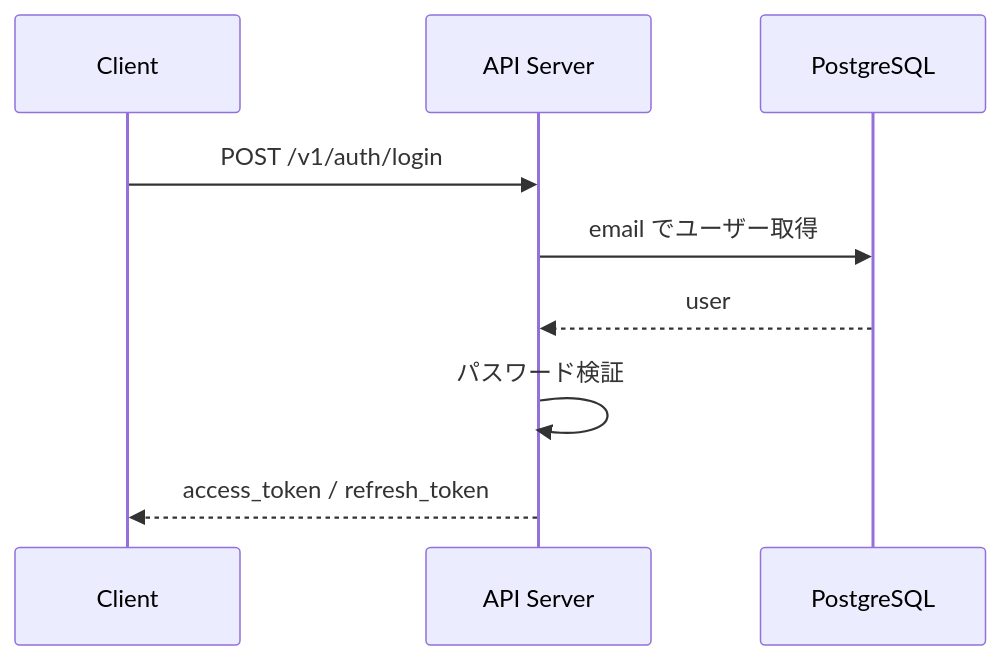
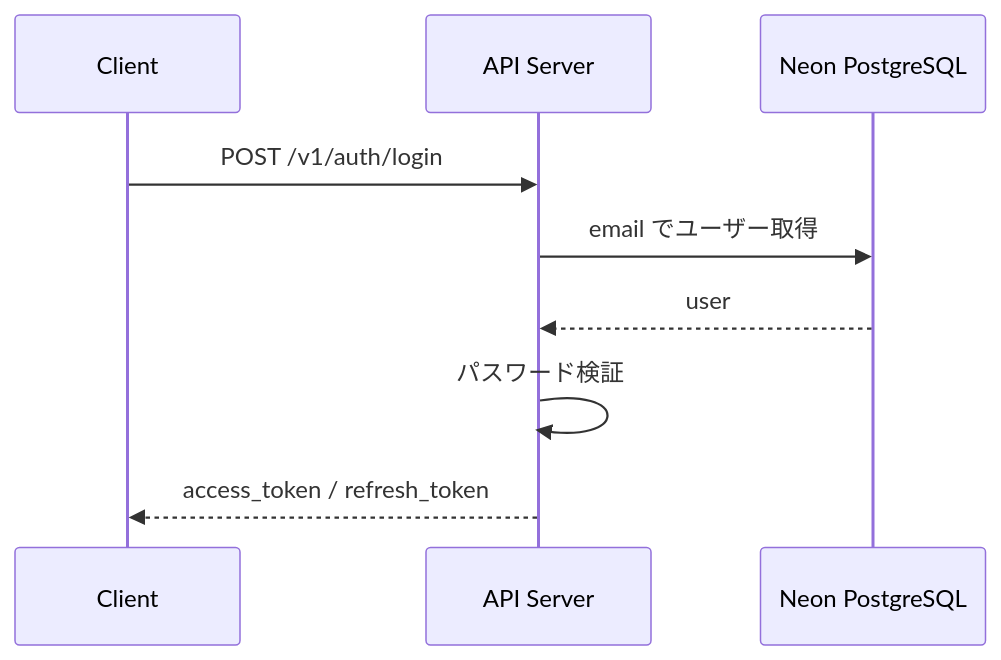
The second of 4 diagrams in doc/basic_design/architecture.md (Electric-Sheep-team6/backend), drawn with Mermaid before and after one commit. The commit also changed other lines of this file and 3 other files, not shown here.

````diff
--- a/doc/basic_design/architecture.md
+++ b/doc/basic_design/architecture.md
@@ -56,12 +56,12 @@
 ```mermaid
 sequenceDiagram
   participant C as Client
   participant A as API Server
-  participant D as PostgreSQL
+  participant D as Neon PostgreSQL
 
   C->>A: POST /v1/auth/login
   A->>D: email でユーザー取得
   D-->>A: user
   A->>A: パスワード検証
   A-->>C: access_token / refresh_token
 ```
````
